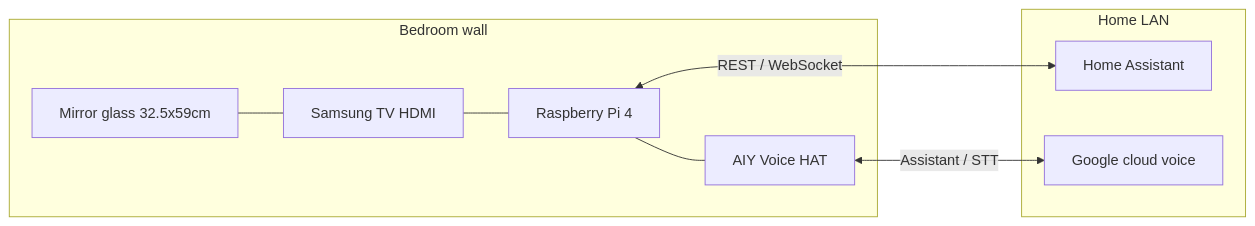
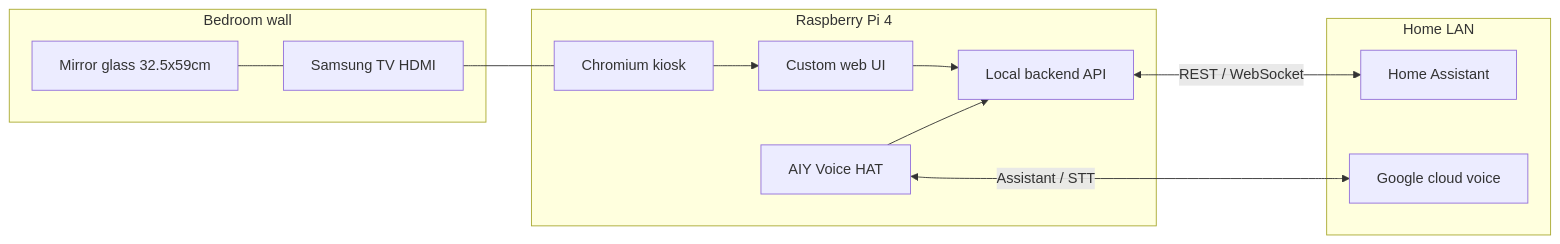
One commit to mattschoenholz/magic-mirror changed the diagram in docs/ARCHITECTURE.md. Above: the diagram before and after it, drawn with Mermaid. The commit also changed other lines of this file and 28 other files, not shown here.

First line of the commit message:
docs+skills: custom web + HA API stack; mm-home-assistant, kiosk, voice, dev-mcp

````diff
--- a/docs/ARCHITECTURE.md
+++ b/docs/ARCHITECTURE.md
@@ -10,18 +10,24 @@
 ```mermaid
 flowchart LR
+  subgraph pi [Raspberry Pi 4]
+    CH[Chromium kiosk]
+    WEB[Custom web UI]
+    API[Local backend API]
+    HAT[AIY Voice HAT]
+  end
   subgraph room [Bedroom wall]
     MG[Mirror glass 32.5x59cm]
     DISP[Samsung TV HDMI]
-    PI[Raspberry Pi 4]
-    HAT[AIY Voice HAT]
   end
   subgraph home [Home LAN]
     HA[Home Assistant]
     GC[Google cloud voice]
   end
   MG --- DISP
-  DISP --- PI
-  PI --- HAT
-  PI <-->|REST / WebSocket| HA
+  DISP --- CH
+  CH --> WEB
+  WEB --> API
+  API <-->|REST / WebSocket| HA
   HAT <-->|Assistant / STT| GC
+  HAT --> API
 ```
````
